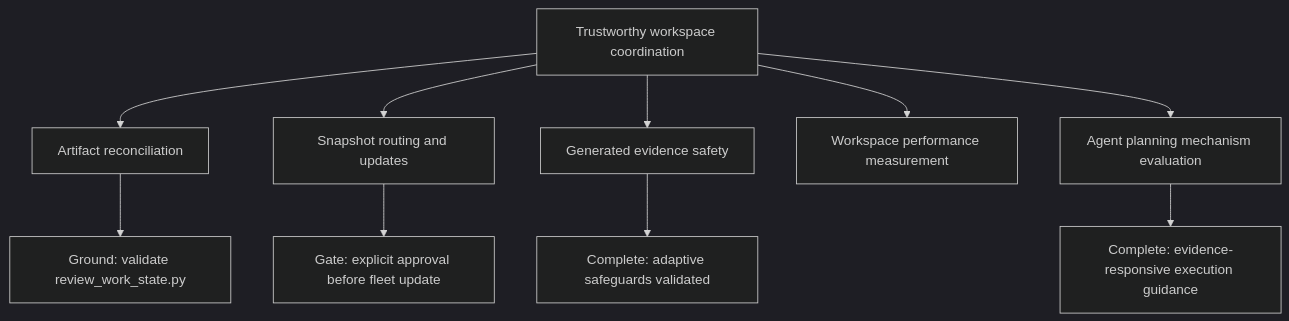
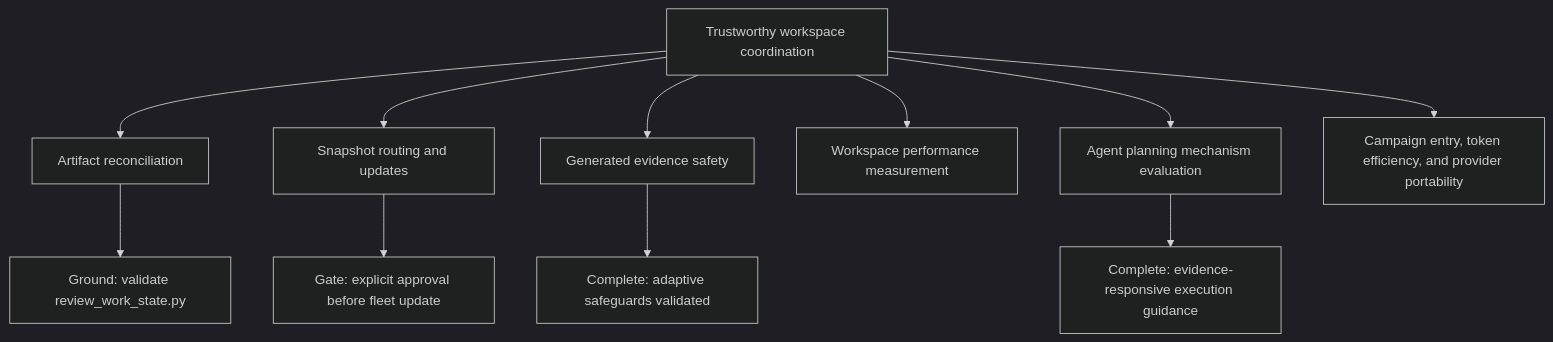
One commit to PC-Redemption/tool_shed changed the diagram in work/maps/map-tool-shed-evolution.md. Above: the diagram before and after it, drawn with Mermaid (dark theme). The commit also changed other lines of this file and 25 other files, not shown here.

````diff
--- a/work/maps/map-tool-shed-evolution.md
+++ b/work/maps/map-tool-shed-evolution.md
@@ -15,12 +15,13 @@
 ```mermaid
 flowchart TD
   A[Trustworthy workspace coordination] --> B[Artifact reconciliation]
   A --> C[Snapshot routing and updates]
   A --> F[Generated evidence safety]
   A --> H[Workspace performance measurement]
   A --> I[Agent planning mechanism evaluation]
+  A --> K[Campaign entry, token efficiency, and provider portability]
   I --> J[Complete: evidence-responsive execution guidance]
   B --> D[Ground: validate review_work_state.py]
   C --> E[Gate: explicit approval before fleet update]
   F --> G[Complete: adaptive safeguards validated]
 ```
````
